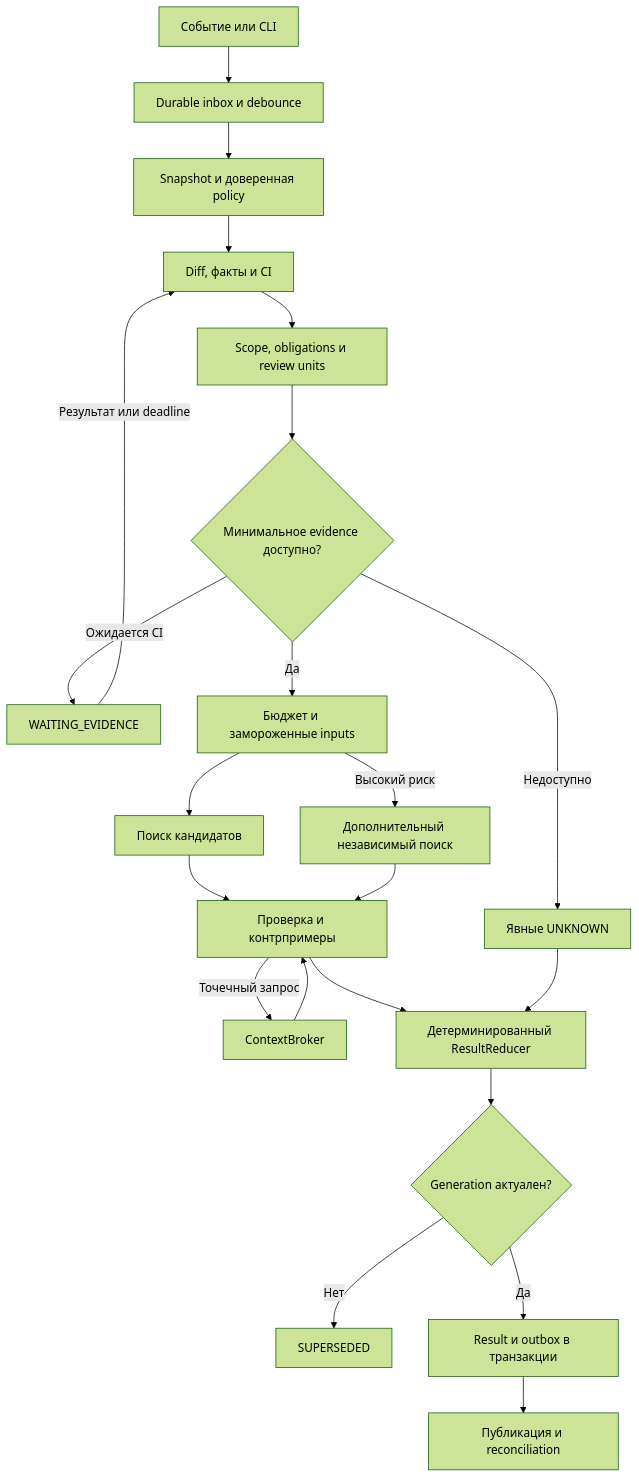
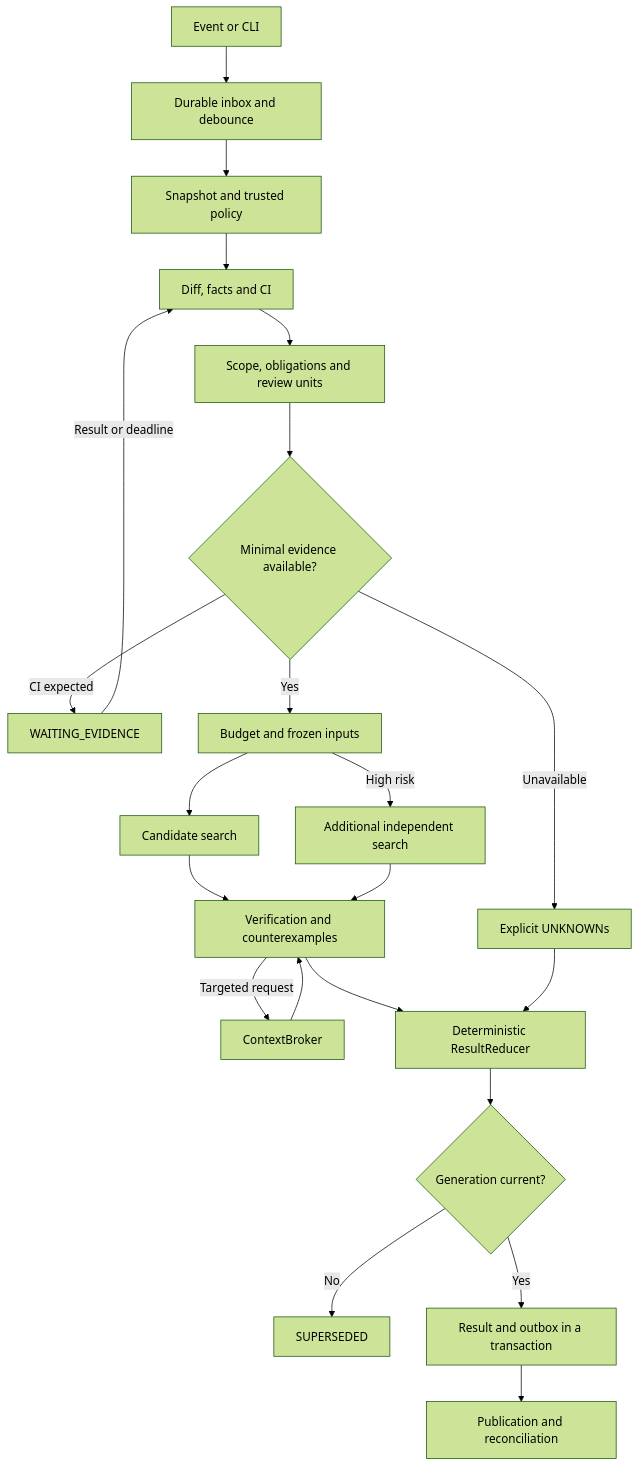
The first of 4 diagrams in docs/SYCH_SPEC.md (bondiano/sych), drawn with Mermaid (forest theme) before and after one commit. The commit also changed other lines of this file and 22 other files, not shown here.

````diff
--- a/docs/SYCH_SPEC.md
+++ b/docs/SYCH_SPEC.md
@@ -481,24 +481,24 @@
 ```mermaid
 flowchart TD
-    E["Событие или CLI"] --> I["Durable inbox и debounce"]
-    I --> S["Snapshot и доверенная policy"]
-    S --> F["Diff, факты и CI"]
-    F --> P["Scope, obligations и review units"]
-    P --> G{"Минимальное evidence доступно?"}
-    G -->|"Ожидается CI"| W["WAITING_EVIDENCE"]
-    W -->|"Результат или deadline"| F
-    G -->|"Да"| B["Бюджет и замороженные inputs"]
-    G -->|"Недоступно"| U["Явные UNKNOWN"]
-    B --> D["Поиск кандидатов"]
-    B -->|"Высокий риск"| A["Дополнительный независимый поиск"]
-    D --> V["Проверка и контрпримеры"]
+    E["Event or CLI"] --> I["Durable inbox and debounce"]
+    I --> S["Snapshot and trusted policy"]
+    S --> F["Diff, facts and CI"]
+    F --> P["Scope, obligations and review units"]
+    P --> G{"Minimal evidence available?"}
+    G -->|"CI expected"| W["WAITING_EVIDENCE"]
+    W -->|"Result or deadline"| F
+    G -->|"Yes"| B["Budget and frozen inputs"]
+    G -->|"Unavailable"| U["Explicit UNKNOWNs"]
+    B --> D["Candidate search"]
+    B -->|"High risk"| A["Additional independent search"]
+    D --> V["Verification and counterexamples"]
     A --> V
-    V -->|"Точечный запрос"| C["ContextBroker"]
+    V -->|"Targeted request"| C["ContextBroker"]
     C --> V
-    V --> R["Детерминированный ResultReducer"]
+    V --> R["Deterministic ResultReducer"]
     U --> R
-    R --> X{"Generation актуален?"}
-    X -->|"Нет"| Z["SUPERSEDED"]
-    X -->|"Да"| T["Result и outbox в транзакции"]
-    T --> O["Публикация и reconciliation"]
+    R --> X{"Generation current?"}
+    X -->|"No"| Z["SUPERSEDED"]
+    X -->|"Yes"| T["Result and outbox in a transaction"]
+    T --> O["Publication and reconciliation"]
 ```
````
